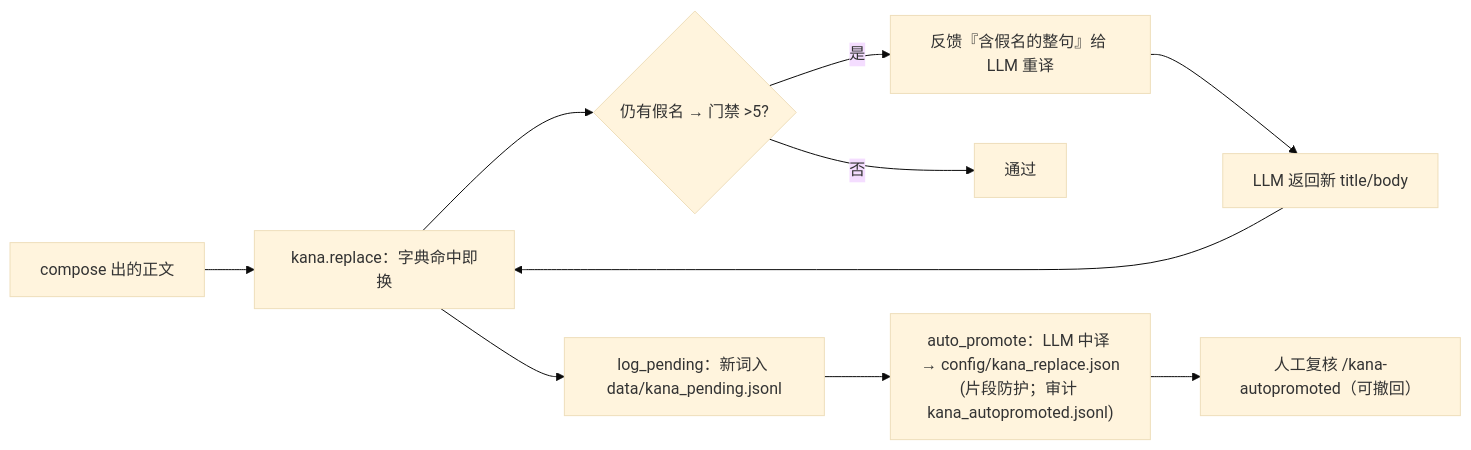
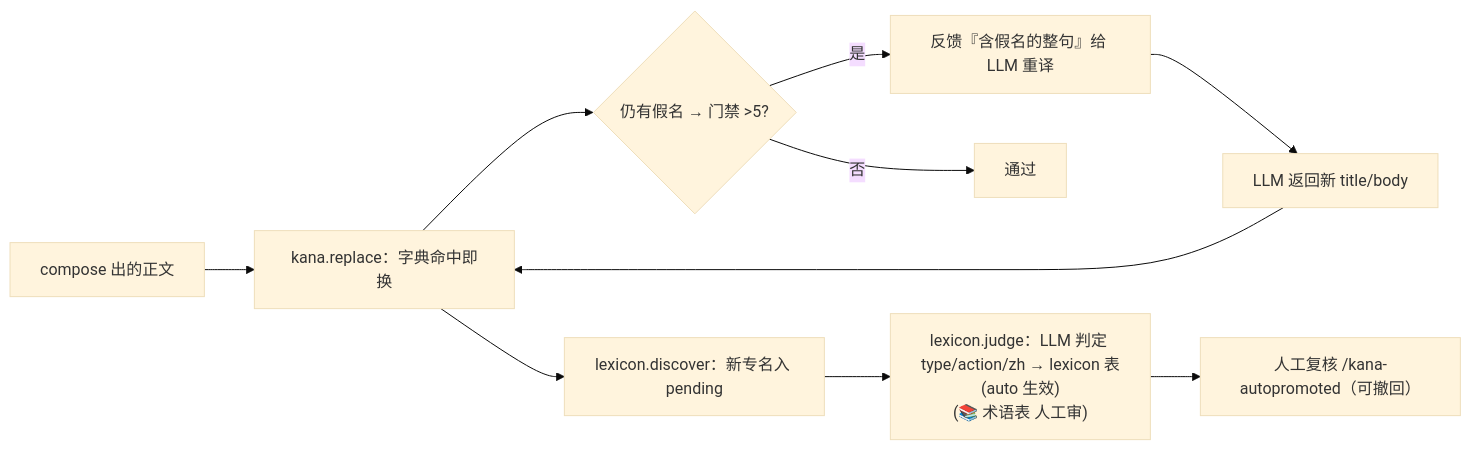
One commit to taurusjun/XiaohongshuSkills changed the fourth of 4 diagrams in docs/write-flow.md. Above: the diagram before and after it, drawn with Mermaid (base theme). The commit also changed other lines of this file and 4 other files, not shown here.

Commit message:
review: LLM 只输出结构化 JSON(json_object), 报告改由 services/review_render 模板渲染(单一真相/格式保证); 文档更新(review-skill-parity §4 + write-flow 术语表)

````diff
--- a/docs/write-flow.md
+++ b/docs/write-flow.md
@@ -92,12 +92,12 @@
 ```mermaid
 flowchart LR
   A["compose 出的正文"] --> B["kana.replace：字典命中即换"]
   B --> C{"仍有假名 → 门禁 >5?"}
   C -->|是| D["反馈『含假名的整句』给 LLM 重译"]
   D --> E["LLM 返回新 title/body"]
   E --> B
   C -->|否| F[通过]
-  B --> G["log_pending：新词入 data/kana_pending.jsonl"]
-  G --> H["auto_promote：LLM 中译 → config/kana_replace.json<br/>(片段防护；审计 kana_autopromoted.jsonl)"]
+  B --> G["lexicon.discover：新专名入 pending"]
+  G --> H["lexicon.judge：LLM 判定 type/action/zh → lexicon 表(auto 生效)<br/>(📚 术语表 人工审)"]
   H --> I["人工复核 /kana-autopromoted（可撤回）"]
 ```
````
